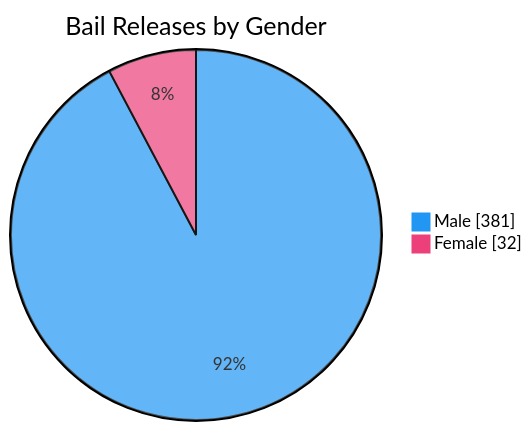
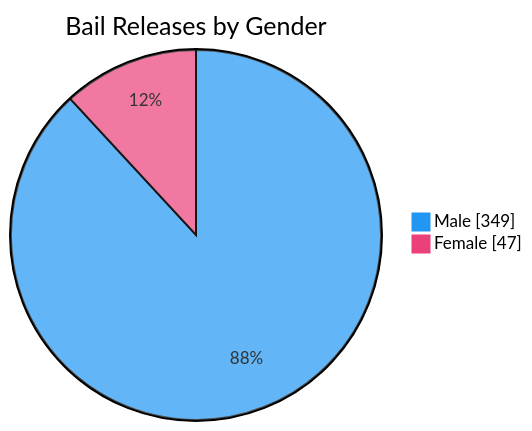
Before and after one commit to nuuuwan/lk_prisons: the seventh of 7 diagrams in README.md, drawn with Mermaid. The commit also changed other lines of this file and 1 other file, not shown here.

````diff
--- a/README.md
+++ b/README.md
@@ -109,6 +109,6 @@
 ```mermaid
 %%{init: {'themeVariables': {'pie1': '#2196F3', 'pie2': '#EC407A'}}}%%
 pie showData title Bail Releases by Gender
-    "Male" : 381
-    "Female" : 32
+    "Male" : 349
+    "Female" : 47
 ```
````
